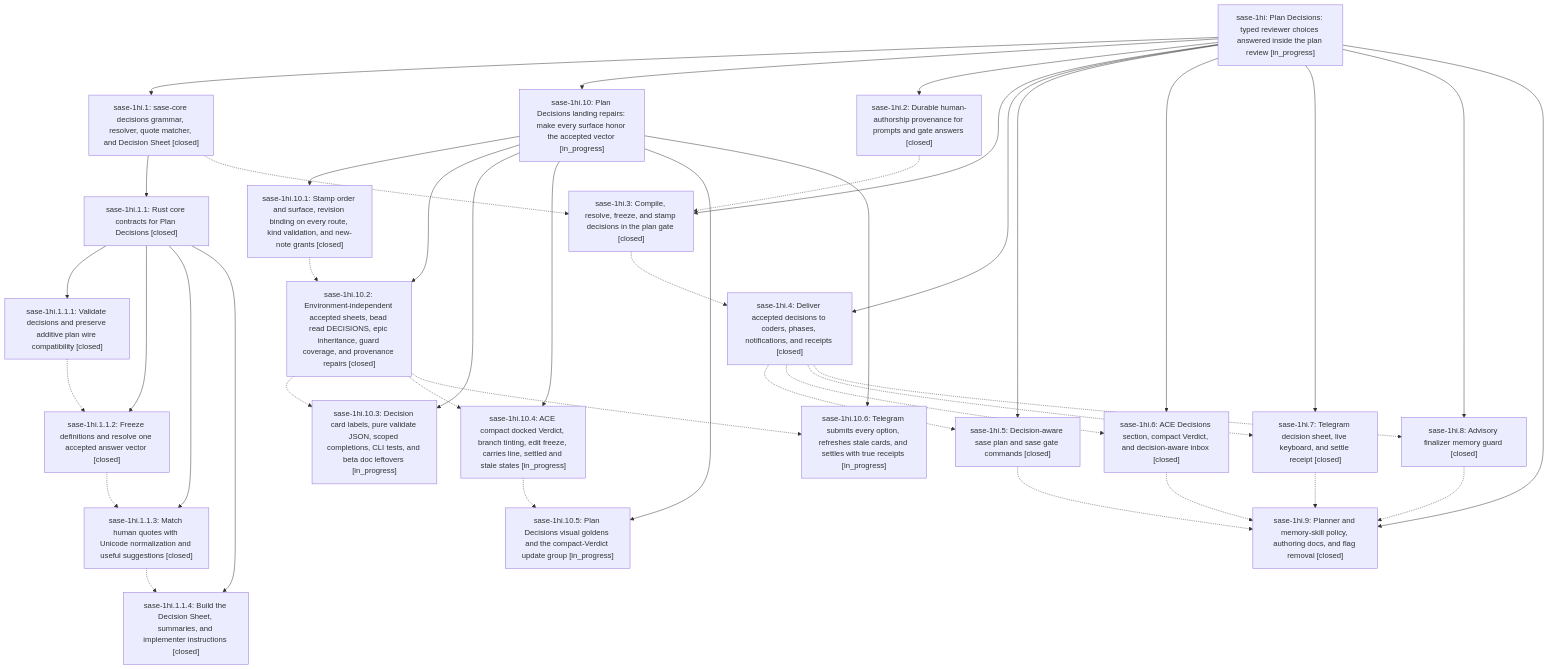
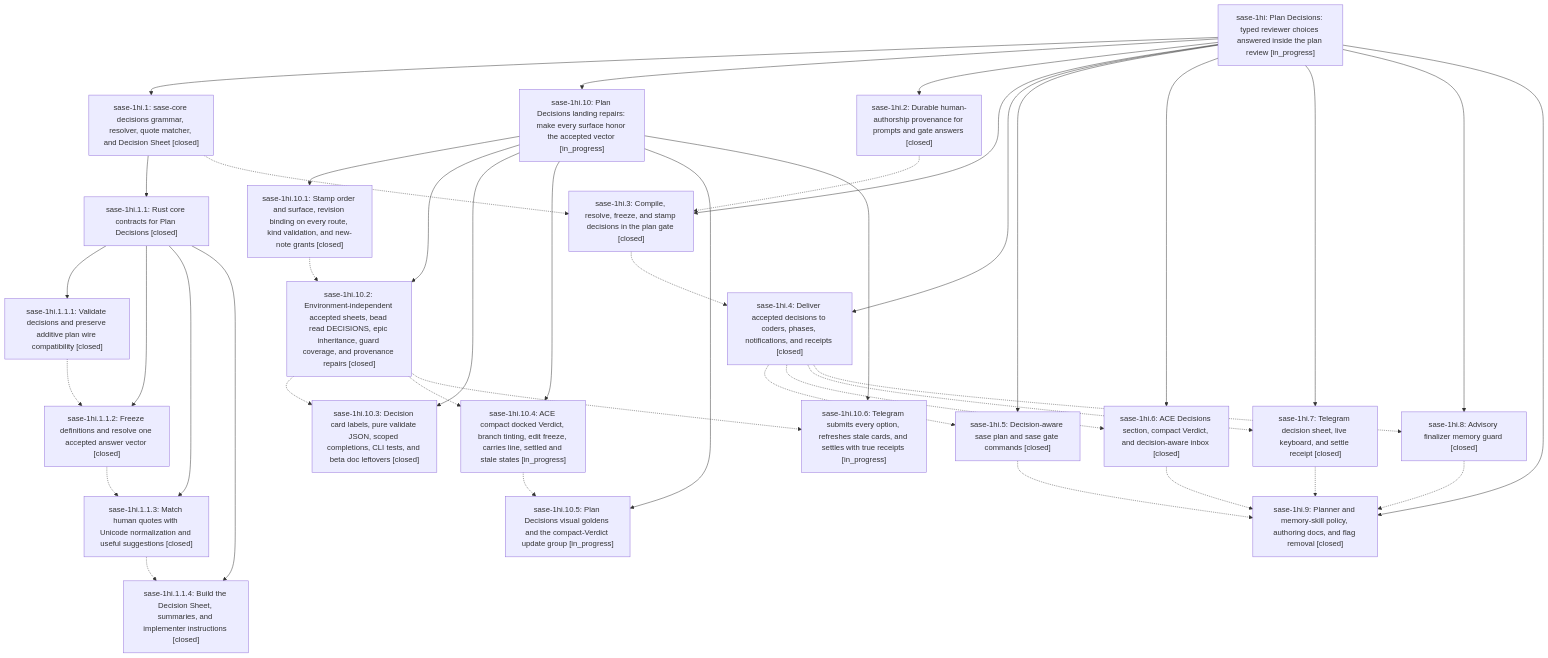
The diagram in pages/sase-1hi/README.md (sase-org/sase--beads), drawn with Mermaid before and after one commit. The commit also changed other lines of this file and 4 other files, not shown here.

````diff
--- a/pages/sase-1hi/README.md
+++ b/pages/sase-1hi/README.md
@@ -80,65 +80,65 @@
 ```mermaid
 flowchart TD
     n0["sase-1hi: Plan Decisions: typed reviewer choices answered inside the plan review [in_progress]"]
     n1["sase-1hi.1: sase-core decisions grammar, resolver, quote matcher, and Decision Sheet [closed]"]
     n2["sase-1hi.1.1: Rust core contracts for Plan Decisions [closed]"]
     n3["sase-1hi.1.1.1: Validate decisions and preserve additive plan wire compatibility [closed]"]
     n4["sase-1hi.1.1.2: Freeze definitions and resolve one accepted answer vector [closed]"]
     n5["sase-1hi.1.1.3: Match human quotes with Unicode normalization and useful suggestions [closed]"]
     n6["sase-1hi.1.1.4: Build the Decision Sheet, summaries, and implementer instructions [closed]"]
     n7["sase-1hi.10: Plan Decisions landing repairs: make every surface honor the accepted vector [in_progress]"]
     n8["sase-1hi.10.1: Stamp order and surface, revision binding on every route, kind validation, and new-note grants [closed]"]
     n9["sase-1hi.10.2: Environment-independent accepted sheets, bead read DECISIONS, epic inheritance, guard coverage, and provenance repairs [closed]"]
-    n10["sase-1hi.10.3: Decision card labels, pure validate JSON, scoped completions, CLI tests, and beta doc leftovers [in_progress]"]
+    n10["sase-1hi.10.3: Decision card labels, pure validate JSON, scoped completions, CLI tests, and beta doc leftovers [closed]"]
     n11["sase-1hi.10.4: ACE compact docked Verdict, branch tinting, edit freeze, carries line, settled and stale states [in_progress]"]
     n12["sase-1hi.10.5: Plan Decisions visual goldens and the compact-Verdict update group [in_progress]"]
     n13["sase-1hi.10.6: Telegram submits every option, refreshes stale cards, and settles with true receipts [in_progress]"]
     n14["sase-1hi.2: Durable human-authorship provenance for prompts and gate answers [closed]"]
     n15["sase-1hi.3: Compile, resolve, freeze, and stamp decisions in the plan gate [closed]"]
     n16["sase-1hi.4: Deliver accepted decisions to coders, phases, notifications, and receipts [closed]"]
     n17["sase-1hi.5: Decision-aware sase plan and sase gate commands [closed]"]
     n18["sase-1hi.6: ACE Decisions section, compact Verdict, and decision-aware inbox [closed]"]
     n19["sase-1hi.7: Telegram decision sheet, live keyboard, and settle receipt [closed]"]
     n20["sase-1hi.8: Advisory finalizer memory guard [closed]"]
     n21["sase-1hi.9: Planner and memory-skill policy, authoring docs, and flag removal [closed]"]
     n0 --> n1
     n1 --> n2
     n2 --> n3
     n2 --> n4
     n2 --> n5
     n2 --> n6
     n0 --> n7
     n7 --> n8
     n7 --> n9
     n7 --> n10
     n7 --> n11
     n7 --> n12
     n7 --> n13
     n0 --> n14
     n0 --> n15
     n0 --> n16
     n0 --> n17
     n0 --> n18
     n0 --> n19
     n0 --> n20
     n0 --> n21
     n1 -.-> n15
     n3 -.-> n4
     n4 -.-> n5
     n5 -.-> n6
     n8 -.-> n9
     n9 -.-> n10
     n9 -.-> n11
     n9 -.-> n13
     n11 -.-> n12
     n14 -.-> n15
     n15 -.-> n16
     n16 -.-> n17
     n16 -.-> n18
     n16 -.-> n19
     n16 -.-> n20
     n17 -.-> n21
     n18 -.-> n21
     n19 -.-> n21
     n20 -.-> n21
 ```
````
